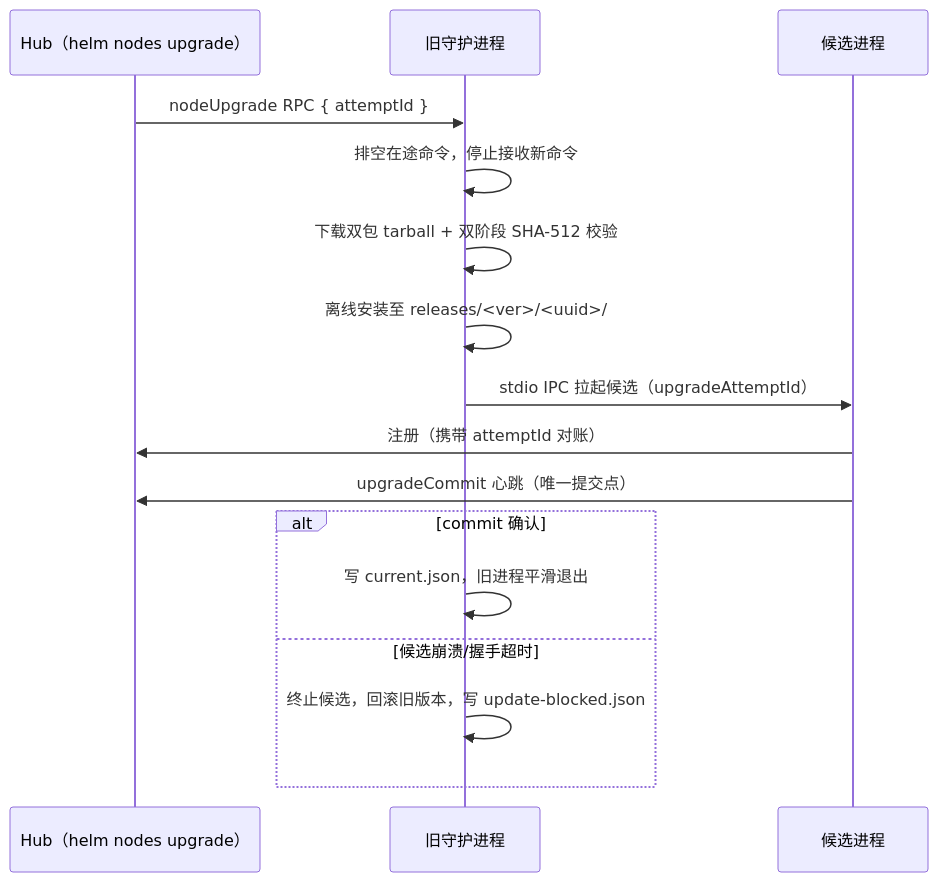
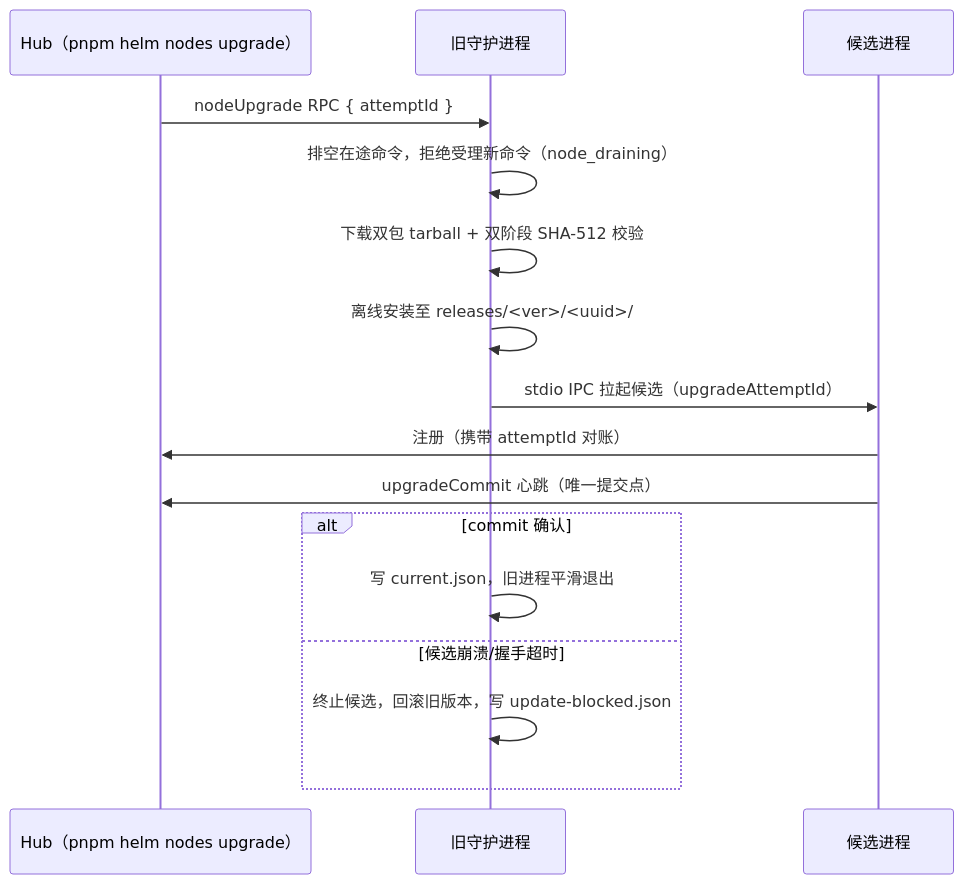
Before and after one commit to team4u/helm: the fourth of 4 diagrams in docs/architecture/envfabric.md, drawn with Mermaid. The commit also changed other lines of this file and 6 other files, not shown here.

````diff
--- a/docs/architecture/envfabric.md
+++ b/docs/architecture/envfabric.md
@@ -391,19 +195,19 @@
 ```mermaid
 sequenceDiagram
-    participant Hub as Hub（helm nodes upgrade）
+    participant Hub as Hub（pnpm helm nodes upgrade）
     participant Daemon as 旧守护进程
     participant Candidate as 候选进程
 
     Hub->>Daemon: nodeUpgrade RPC { attemptId }
-    Daemon->>Daemon: 排空在途命令，停止接收新命令
+    Daemon->>Daemon: 排空在途命令，拒绝受理新命令（node_draining）
     Daemon->>Daemon: 下载双包 tarball + 双阶段 SHA-512 校验
     Daemon->>Daemon: 离线安装至 releases/<ver>/<uuid>/
     Daemon->>Candidate: stdio IPC 拉起候选（upgradeAttemptId）
     Candidate->>Hub: 注册（携带 attemptId 对账）
     Candidate->>Hub: upgradeCommit 心跳（唯一提交点）
     alt commit 确认
         Daemon->>Daemon: 写 current.json，旧进程平滑退出
     else 候选崩溃/握手超时
         Daemon->>Daemon: 终止候选，回滚旧版本，写 update-blocked.json
     end
 ```
````
